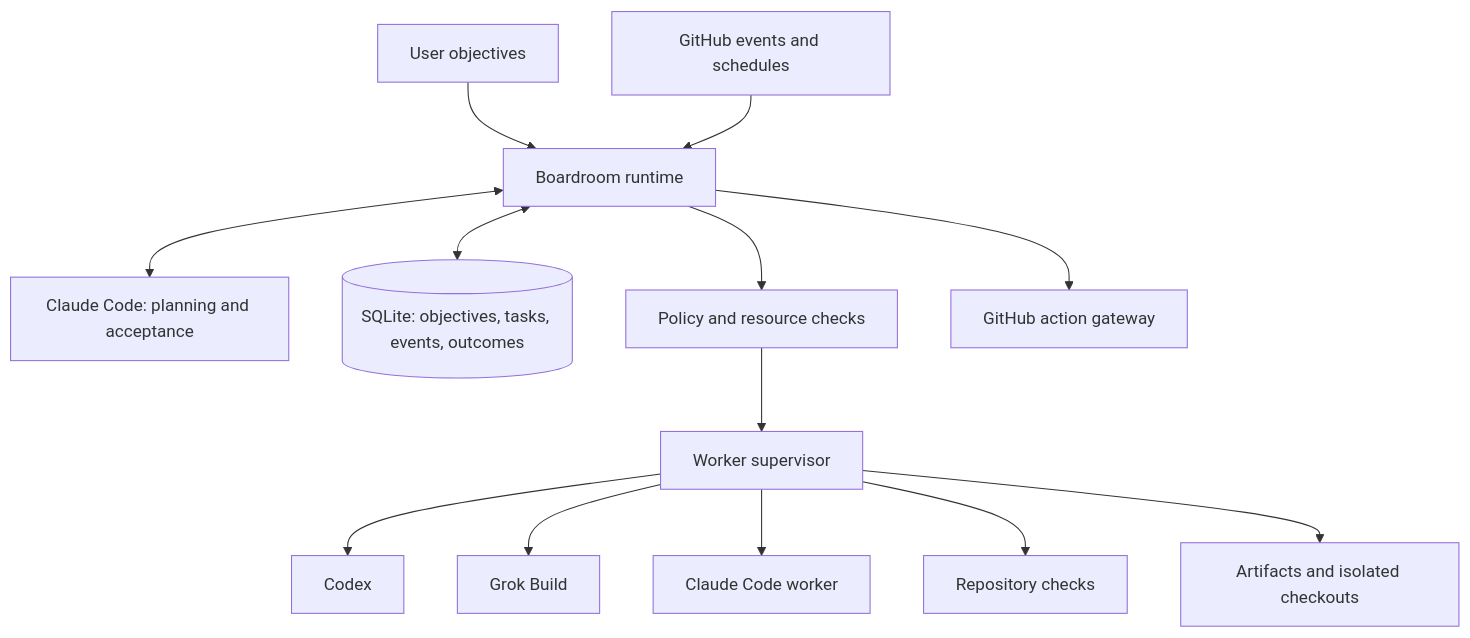
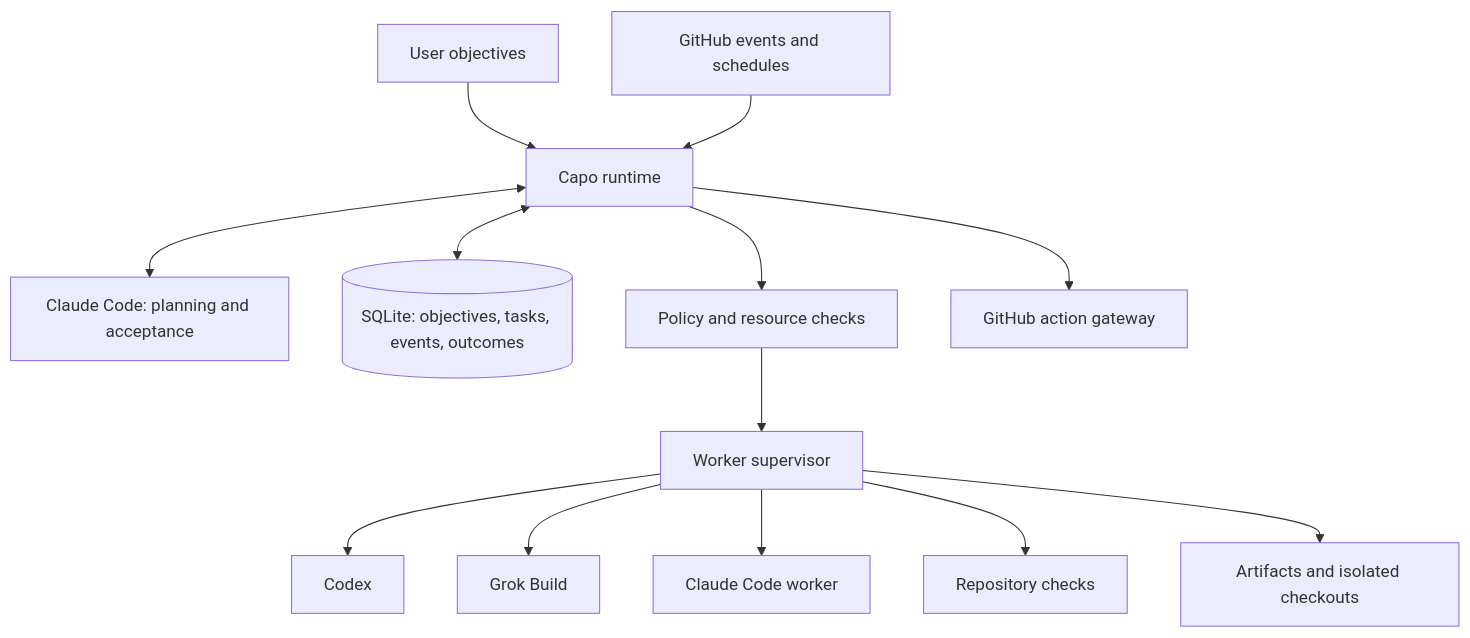
One commit to JLSteenwyk/capo changed the diagram in docs/architecture.md. Above: the diagram before and after it, drawn with Mermaid. The commit also changed other lines of this file and 19 other files, not shown here.

Commit message:
Rename platform to Capo and add guarded self-improvement objectives

````diff
--- a/docs/architecture.md
+++ b/docs/architecture.md
@@ -13,15 +13,15 @@
 ```mermaid
 flowchart TD
-    U[User objectives] --> R[Boardroom runtime]
+    U[User objectives] --> R[Capo runtime]
     G[GitHub events and schedules] --> R
     R <--> C[Claude Code: planning and acceptance]
     R <--> D[(SQLite: objectives, tasks, events, outcomes)]
     R --> P[Policy and resource checks]
     P --> W[Worker supervisor]
     W --> X[Codex]
     W --> K[Grok Build]
     W --> A[Claude Code worker]
     W --> T[Repository checks]
     W --> F[Artifacts and isolated checkouts]
     R --> H[GitHub action gateway]
 ```
````
